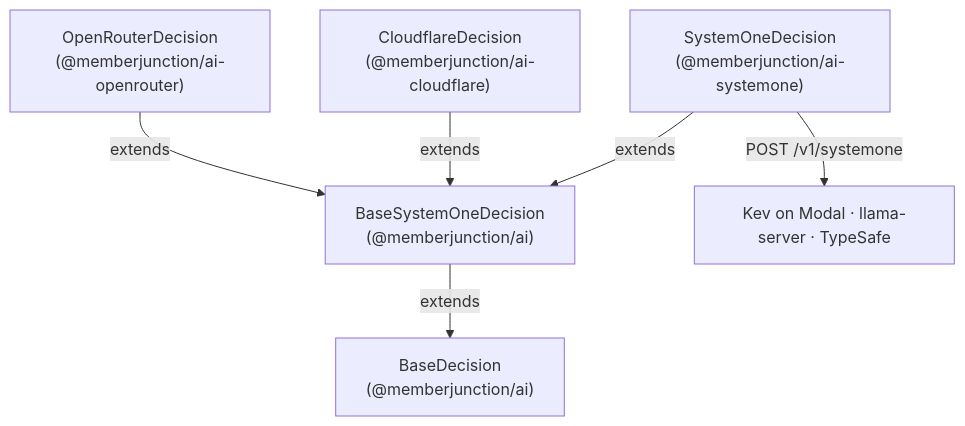
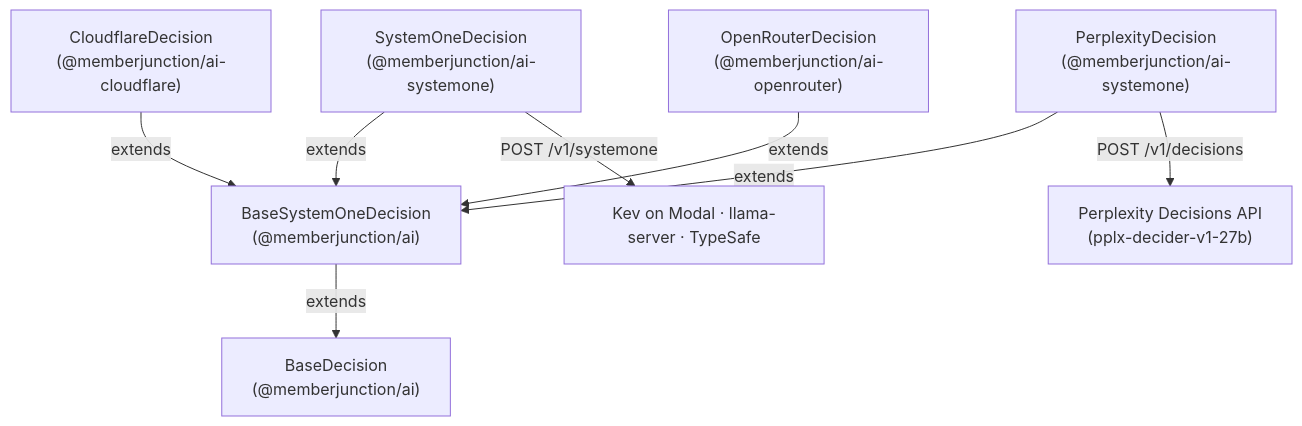
Before and after one commit to MemberJunction/MJ: the diagram in packages/AI/Providers/SystemOne/README.md, drawn with Mermaid. The commit also changed other lines of this file and 6 other files, not shown here.

First line of the commit message:
feat(ai-systemone): add PerplexityDecision for Perplexity's Decisions API

````diff
--- a/packages/AI/Providers/SystemOne/README.md
+++ b/packages/AI/Providers/SystemOne/README.md
@@ -18,8 +23,10 @@
 ```mermaid
 graph TD
     A["SystemOneDecision<br/>(@memberjunction/ai-systemone)"] -->|extends| B["BaseSystemOneDecision<br/>(@memberjunction/ai)"]
     C["CloudflareDecision<br/>(@memberjunction/ai-cloudflare)"] -->|extends| B
     D["OpenRouterDecision<br/>(@memberjunction/ai-openrouter)"] -->|extends| B
+    P["PerplexityDecision<br/>(@memberjunction/ai-systemone)"] -->|extends| B
     B -->|extends| E["BaseDecision<br/>(@memberjunction/ai)"]
     A -->|POST /v1/systemone| F["Kev on Modal · llama-server · TypeSafe"]
+    P -->|POST /v1/decisions| G["Perplexity Decisions API<br/>(pplx-decider-v1-27b)"]
 ```
````
